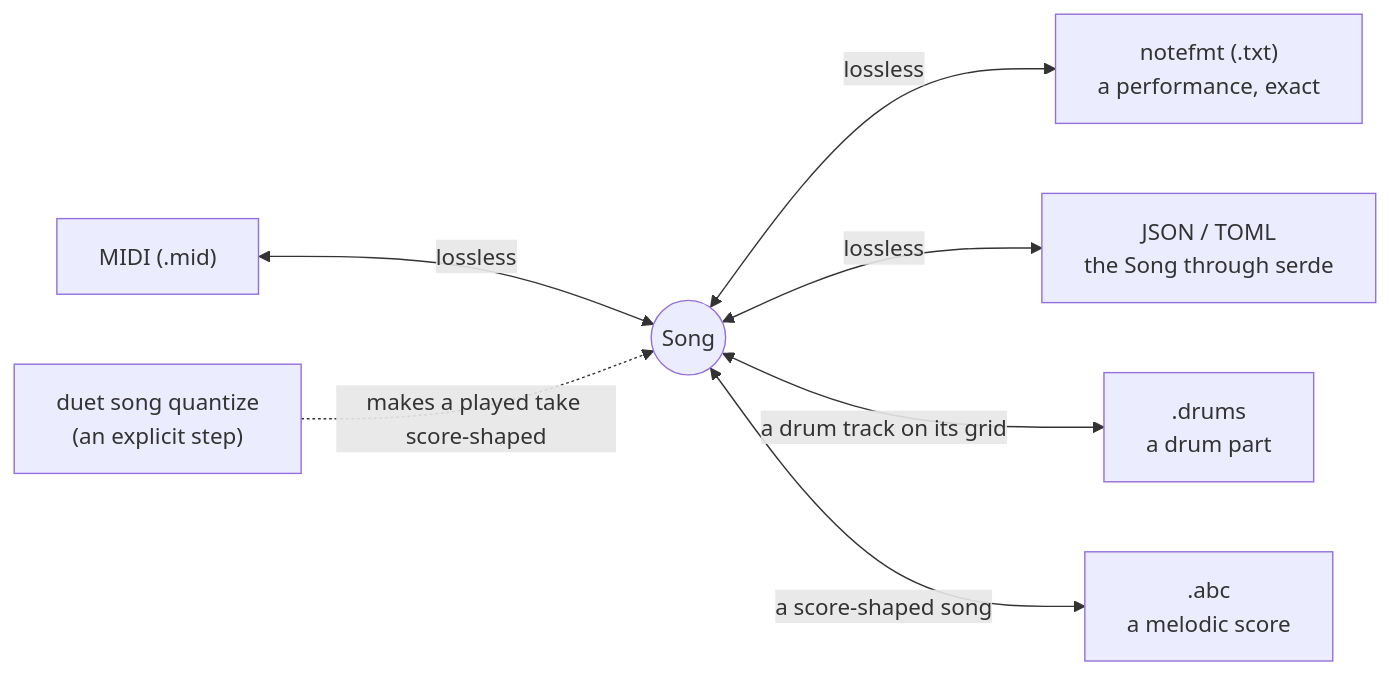
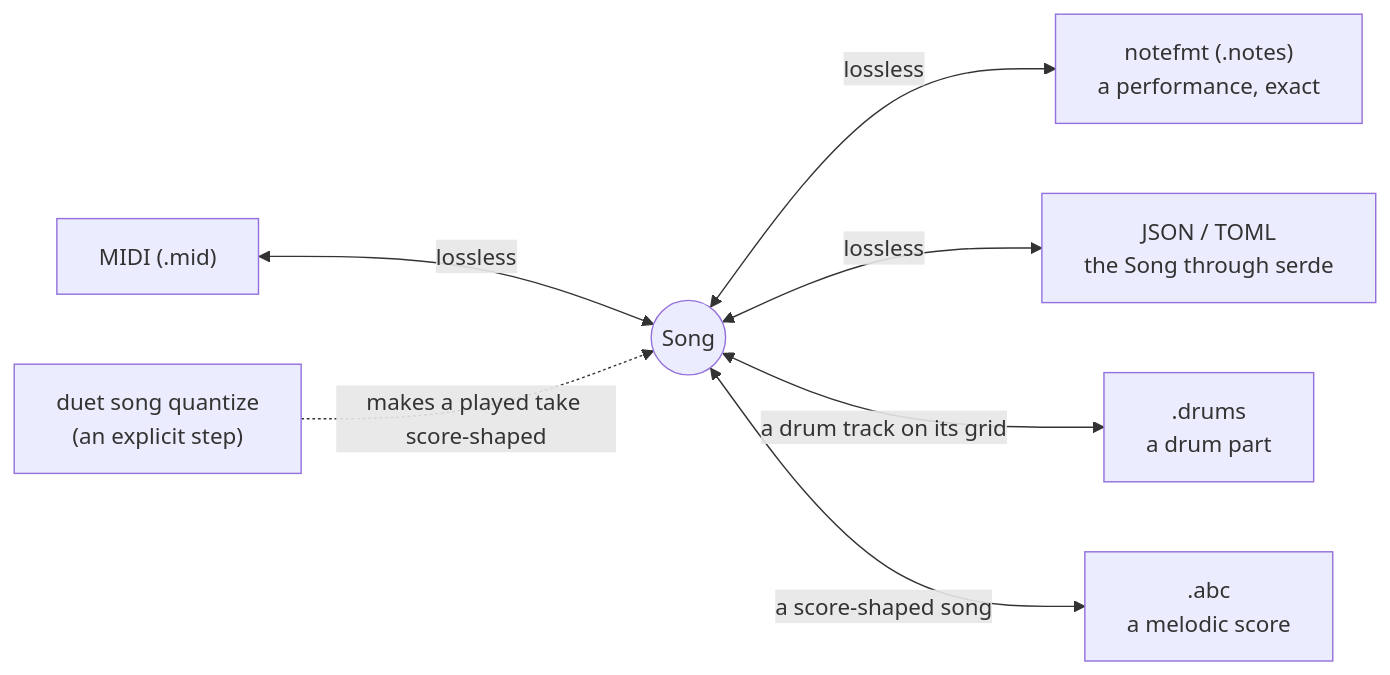
One commit to tasker-systems/duet changed the diagram in README.md. Above: the diagram before and after it, drawn with Mermaid. The commit also changed other lines of this file and 14 other files, not shown here.

First line of the commit message:
feat: notefmt files take the .notes extension

````diff
--- a/README.md
+++ b/README.md
@@ -31,9 +31,9 @@
 ```mermaid
 flowchart LR
     MIDI["MIDI (.mid)"] <-->|lossless| Song(("Song"))
-    Song <-->|lossless| TXT["notefmt (.txt)<br/>a performance, exact"]
+    Song <-->|lossless| TXT["notefmt (.notes)<br/>a performance, exact"]
     Song <-->|lossless| JT["JSON / TOML<br/>the Song through serde"]
     Song <-->|"a drum track on its grid"| DRUMS[".drums<br/>a drum part"]
     Song <-->|"a score-shaped song"| ABC[".abc<br/>a melodic score"]
     Q["duet song quantize<br/>(an explicit step)"] -.->|"makes a played take score-shaped"| Song
 ```
````
